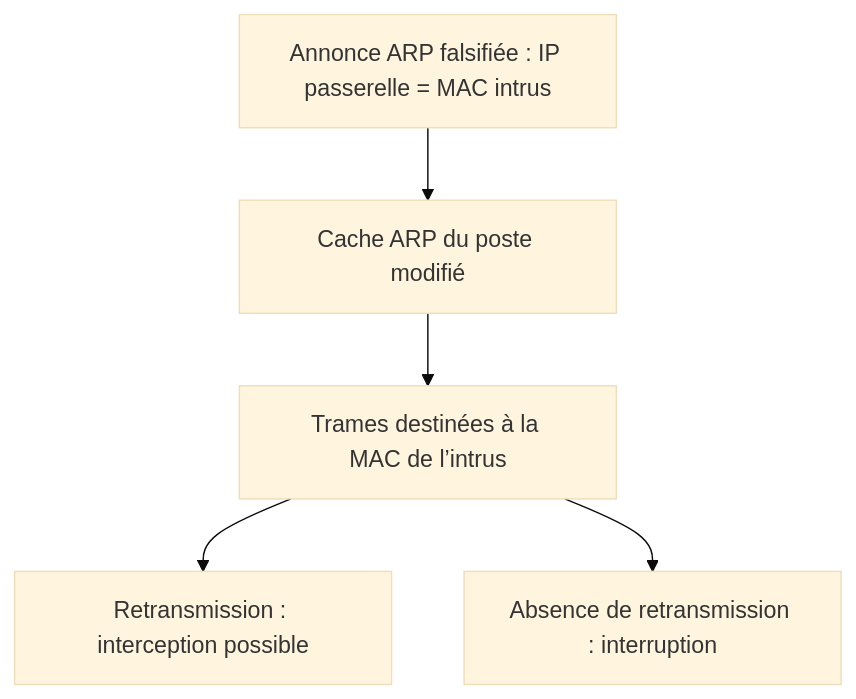
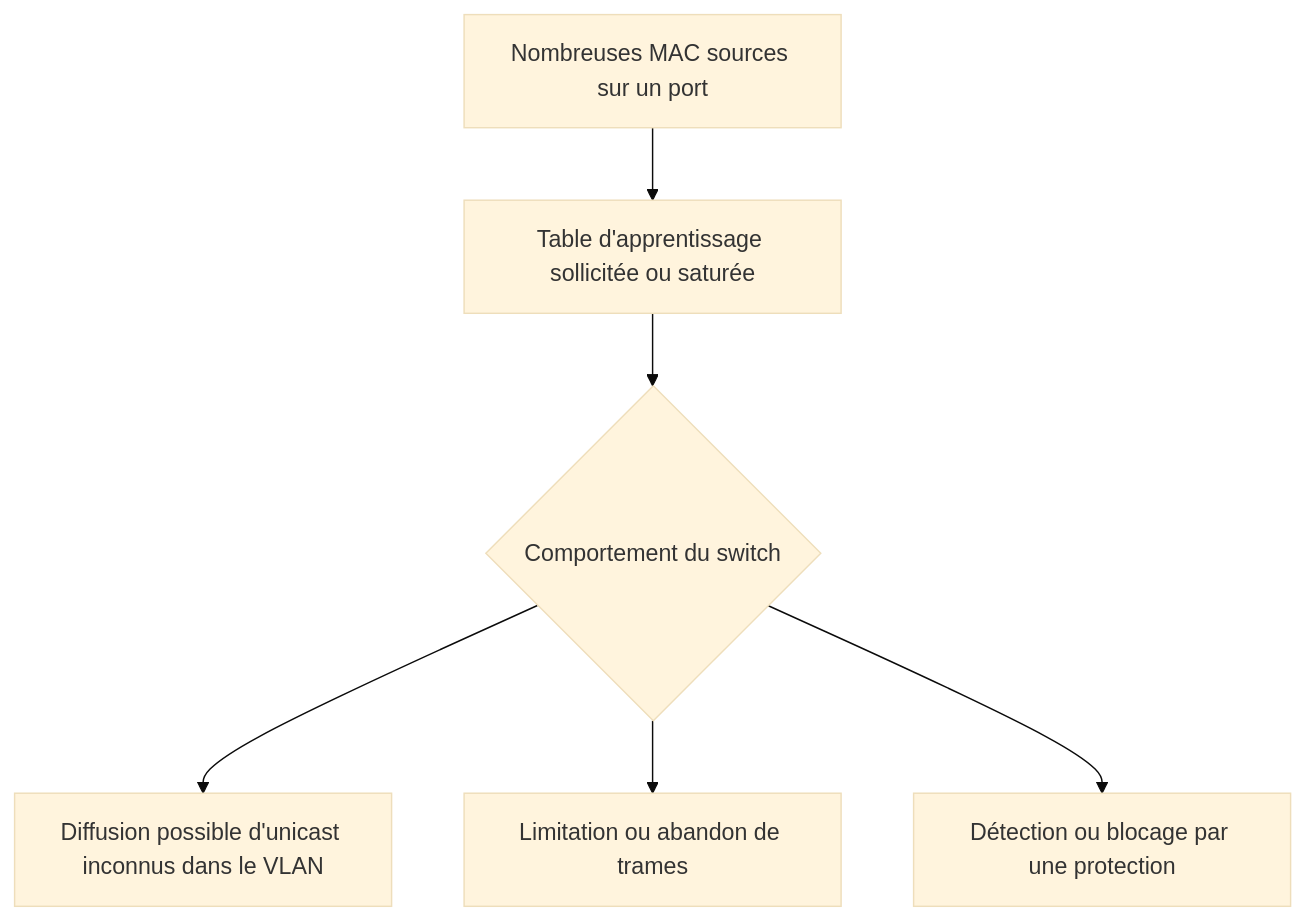
The third of 11 diagrams in docs/03-cybersecurite/couche2.md (lmeryFulbert/SportLudique2026-2027), drawn with Mermaid (base theme) before and after one commit. The commit also changed other lines of this file and 6 other files, not shown here.

````diff
--- a/docs/03-cybersecurite/couche2.md
+++ b/docs/03-cybersecurite/couche2.md
@@ -19,7 +75,8 @@
 ```mermaid
 flowchart TD
- A["Annonce ARP falsifiée : IP passerelle = MAC intrus"] --> B["Cache ARP du poste modifié"]
- B --> C["Trames destinées à la MAC de l’intrus"]
- C --> D["Retransmission : interception possible"]
- C --> E["Absence de retransmission : interruption"]
+    A["Nombreuses MAC sources sur un port"] --> B["Table d'apprentissage sollicitée ou saturée"]
+    B --> C{"Comportement du switch"}
+    C --> D["Diffusion possible d'unicast inconnus dans le VLAN"]
+    C --> E["Limitation ou abandon de trames"]
+    C --> F["Détection ou blocage par une protection"]
 ```
````
